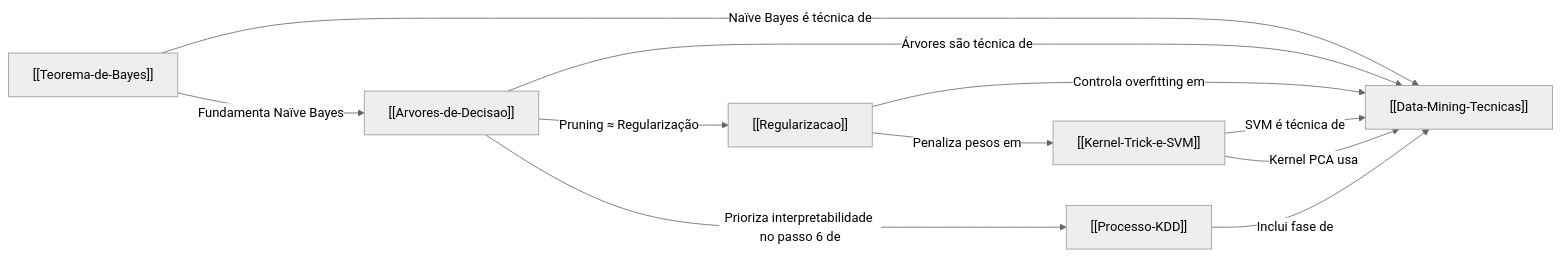
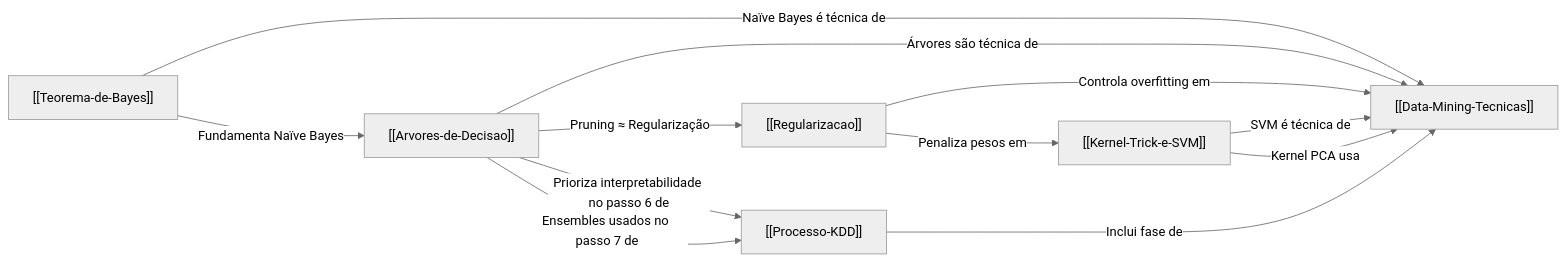
The diagram in base_conhecimento/wiki/index.md (EduBuarque/Obsidian), drawn with Mermaid (neutral theme) before and after one commit. The commit also changed 7 other files, not shown here.

````diff
--- a/base_conhecimento/wiki/index.md
+++ b/base_conhecimento/wiki/index.md
@@ -38,20 +38,21 @@
 ```mermaid
 graph LR
     DM["[[Data-Mining-Tecnicas]]"]
     TB["[[Teorema-de-Bayes]]"]
     REG["[[Regularizacao]]"]
     KT["[[Kernel-Trick-e-SVM]]"]
     AD["[[Arvores-de-Decisao]]"]
     KDD["[[Processo-KDD]]"]
 
     TB -->|"Naïve Bayes é técnica de"| DM
     AD -->|"Árvores são técnica de"| DM
     KT -->|"SVM é técnica de"| DM
     REG -->|"Controla overfitting em"| DM
     REG -->|"Penaliza pesos em"| KT
     TB -->|"Fundamenta Naïve Bayes"| AD
     AD -->|"Pruning ≈ Regularização"| REG
     KT -->|"Kernel PCA usa"| DM
     KDD -->|"Inclui fase de"| DM
     AD -->|"Prioriza interpretabilidade no passo 6 de"| KDD
+    AD -->|"Ensembles usados no passo 7 de"| KDD
 ```
````
